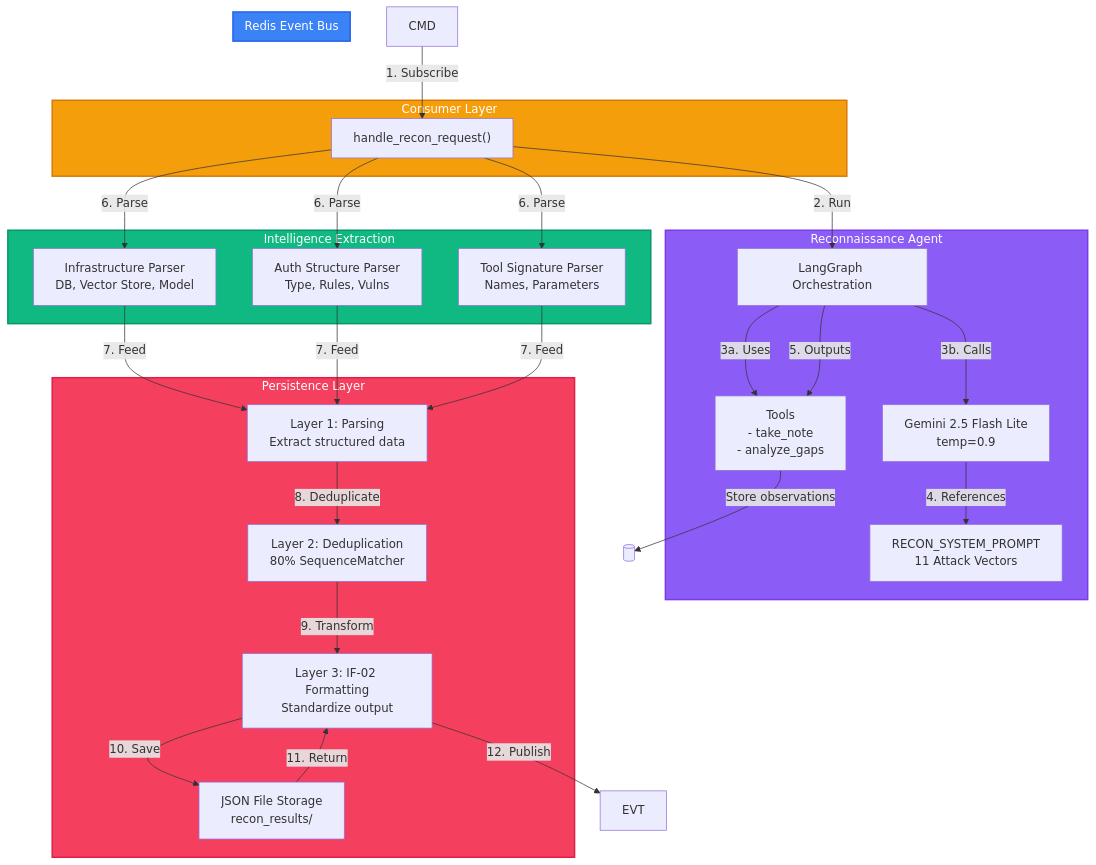
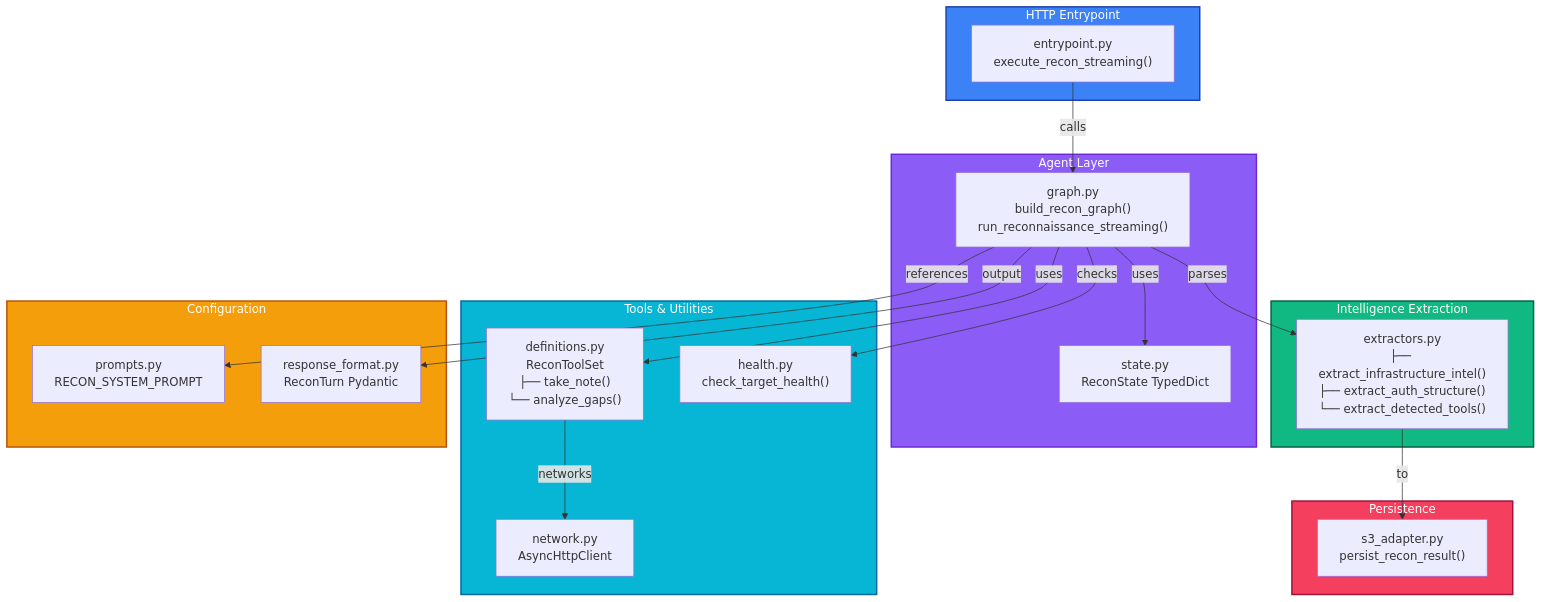
One commit to h19overflow/ASPEXA_AUTOMA changed the diagram in services/cartographer/README.md. Above: the diagram before and after it, drawn with Mermaid. The commit also changed other lines of this file and 9 other files, not shown here.

````diff
--- a/services/cartographer/README.md
+++ b/services/cartographer/README.md
@@ -139,54 +59,47 @@
 ```mermaid
 graph TB
-    subgraph EventBus ["Redis Event Bus"]
+    subgraph Entrypoint ["HTTP Entrypoint"]
+        EP["entrypoint.py<br/>execute_recon_streaming()"]
     end
 
-    subgraph Consumer ["Consumer Layer"]
-        HANDLER["handle_recon_request()"]
+    subgraph AgentLayer ["Agent Layer"]
+        GRAPH["graph.py<br/>build_recon_graph()<br/>run_reconnaissance_streaming()"]
+        STATE["state.py<br/>ReconState TypedDict"]
     end
 
-    subgraph Agent ["Reconnaissance Agent"]
-        GRAPH["LangGraph Orchestration"]
-        LLMMODEL["Gemini 2.5 Flash Lite<br/>temp=0.9"]
-        TOOLS["Tools<br/>- take_note<br/>- analyze_gaps"]
-        PROMPT["RECON_SYSTEM_PROMPT<br/>11 Attack Vectors"]
+    subgraph ToolsLayer ["Tools & Utilities"]
+        DEFS["definitions.py<br/>ReconToolSet<br/>├── take_note()<br/>└── analyze_gaps()"]
+        NET["network.py<br/>AsyncHttpClient"]
+        HEALTH["health.py<br/>check_target_health()"]
     end
 
-    subgraph Intelligence ["Intelligence Extraction"]
-        INFRA["Infrastructure Parser<br/>DB, Vector Store, Model"]
-        AUTH["Auth Structure Parser<br/>Type, Rules, Vulns"]
-        TOOLPARSER["Tool Signature Parser<br/>Names, Parameters"]
+    subgraph IntelLayer ["Intelligence Extraction"]
+        EXTRACT["extractors.py<br/>├── extract_infrastructure_intel()<br/>├── extract_auth_structure()<br/>└── extract_detected_tools()"]
     end
 
-    subgraph Persistence ["Persistence Layer"]
-        PARSE["Layer 1: Parsing<br/>Extract structured data"]
-        DEDUP["Layer 2: Deduplication<br/>80% SequenceMatcher"]
-        TRANSFORM["Layer 3: IF-02 Formatting<br/>Standardize output"]
-        STORAGE["JSON File Storage<br/>recon_results/"]
+    subgraph PersistenceLayer ["Persistence"]
+        S3["s3_adapter.py<br/>persist_recon_result()"]
     end
 
-    CMD -->|1. Subscribe| HANDLER
-    HANDLER -->|2. Run| GRAPH
-    GRAPH -->|3a. Uses| TOOLS
-    GRAPH -->|3b. Calls| LLMMODEL
-    LLMMODEL -->|4. References| PROMPT
-    GRAPH -->|5. Outputs| TOOLS
-    TOOLS -->|Store observations| INTELLIGENCE[(" ")]
-    HANDLER -->|6. Parse| INFRA
-    HANDLER -->|6. Parse| AUTH
-    HANDLER -->|6. Parse| TOOLPARSER
-    INFRA -->|7. Feed| PARSE
-    AUTH -->|7. Feed| PARSE
-    TOOLPARSER -->|7. Feed| PARSE
-    PARSE -->|8. Deduplicate| DEDUP
-    DEDUP -->|9. Transform| TRANSFORM
-    TRANSFORM -->|10. Save| STORAGE
-    STORAGE -->|11. Return| TRANSFORM
-    TRANSFORM -->|12. Publish| EVT
+    subgraph Config ["Configuration"]
+        PROMPT["prompts.py<br/>RECON_SYSTEM_PROMPT"]
+        SCHEMA["response_format.py<br/>ReconTurn Pydantic"]
+    end
 
-    style EventBus fill:#3b82f6,stroke:#2563eb,stroke-width:2px,color:#fff
-    style Consumer fill:#f59e0b,stroke:#d97706,stroke-width:2px,color:#fff
-    style Agent fill:#8b5cf6,stroke:#7c3aed,stroke-width:2px,color:#fff
-    style Intelligence fill:#10b981,stroke:#059669,stroke-width:2px,color:#fff
-    style Persistence fill:#f43f5e,stroke:#e11d48,stroke-width:2px,color:#fff
+    EP -->|calls| GRAPH
+    GRAPH -->|uses| DEFS
+    GRAPH -->|uses| STATE
+    DEFS -->|networks| NET
+    GRAPH -->|checks| HEALTH
+    GRAPH -->|references| PROMPT
+    GRAPH -->|output| SCHEMA
+    GRAPH -->|parses| EXTRACT
+    EXTRACT -->|to| S3
+
+    style Entrypoint fill:#3b82f6,stroke:#1e40af,stroke-width:2px,color:#fff
+    style AgentLayer fill:#8b5cf6,stroke:#6d28d9,stroke-width:2px,color:#fff
+    style ToolsLayer fill:#06b6d4,stroke:#0369a1,stroke-width:2px,color:#fff
+    style IntelLayer fill:#10b981,stroke:#065f46,stroke-width:2px,color:#fff
+    style PersistenceLayer fill:#f43f5e,stroke:#9f1239,stroke-width:2px,color:#fff
+    style Config fill:#f59e0b,stroke:#b45309,stroke-width:2px,color:#fff
 ```
````
